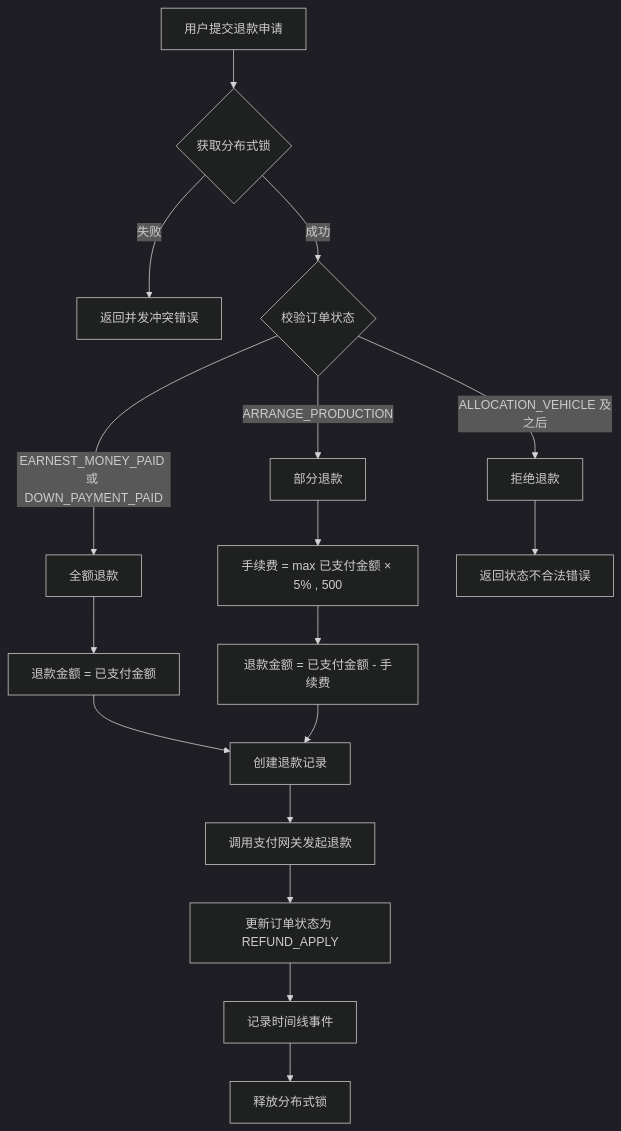
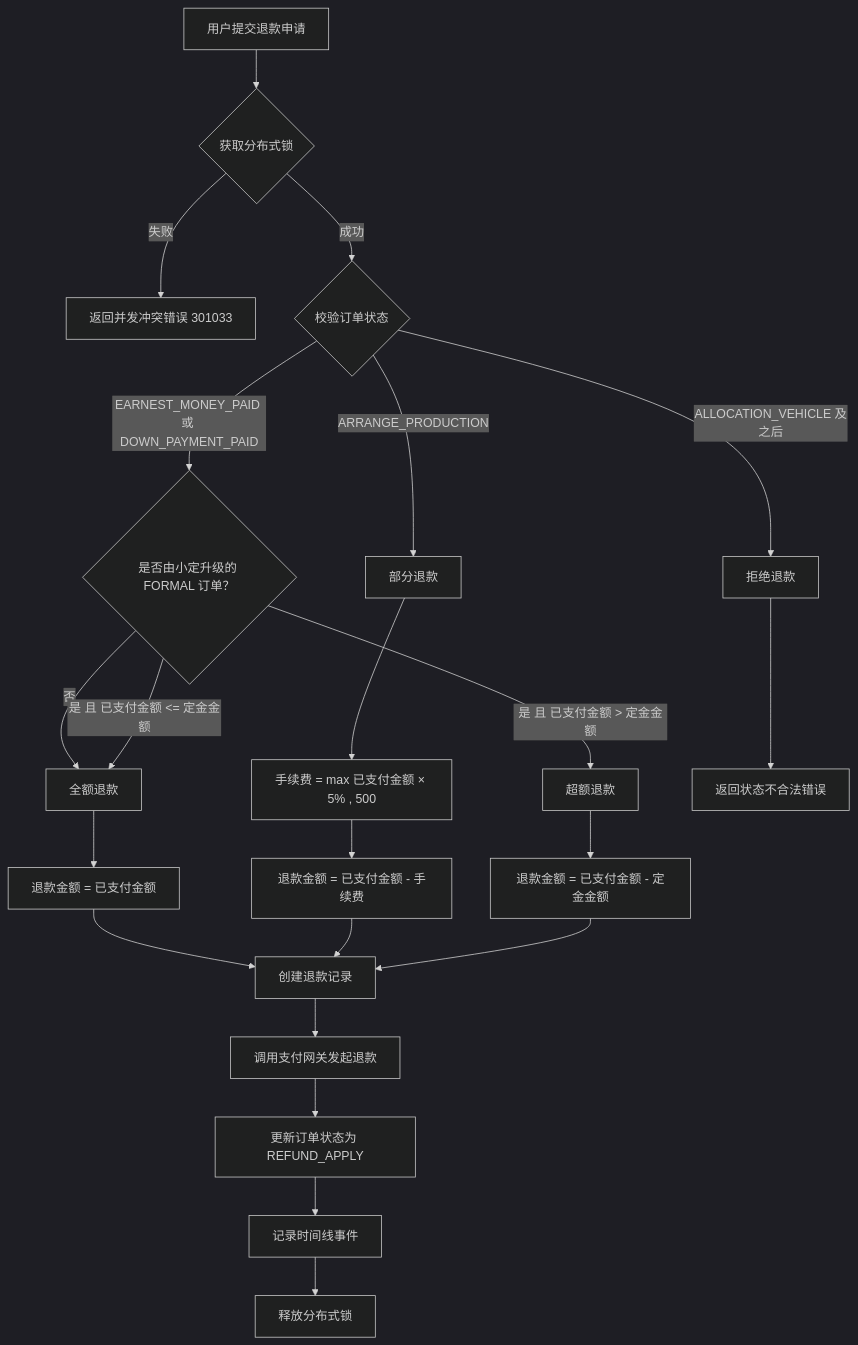
The tenth of 18 diagrams in specs/vehicle-sale-order/design.md (hwyzleo/iov-cloud-otd-vso), drawn with Mermaid (dark theme) before and after one commit. The commit also changed other lines of this file and 14 other files, not shown here.

````diff
--- a/specs/vehicle-sale-order/design.md
+++ b/specs/vehicle-sale-order/design.md
@@ -692,22 +702,27 @@
 ```mermaid
 flowchart TD
     A[用户提交退款申请] --> B{获取分布式锁}
-    B -->|失败| C[返回并发冲突错误]
+    B -->|失败| C[返回并发冲突错误 301033]
     B -->|成功| D{校验订单状态}
-    D -->|EARNEST_MONEY_PAID 或 DOWN_PAYMENT_PAID| E[全额退款]
+    D -->|ALLOCATION_VEHICLE 及之后| G[拒绝退款]
     D -->|ARRANGE_PRODUCTION| F[部分退款]
-    D -->|ALLOCATION_VEHICLE 及之后| G[拒绝退款]
-    
-    E --> H[退款金额 = 已支付金额]
+    D -->|EARNEST_MONEY_PAID 或 DOWN_PAYMENT_PAID| D2{是否由小定升级的 FORMAL 订单？}
+    D2 -->|否| E[全额退款]
+    D2 -->|是 且 已支付金额 > 定金金额| H[超额退款]
+    D2 -->|是 且 已支付金额 <= 定金金额| E
+
+    E --> H2[退款金额 = 已支付金额]
     F --> I[手续费 = max 已支付金额 × 5% , 500]
     I --> J[退款金额 = 已支付金额 - 手续费]
-    
-    H --> K[创建退款记录]
+    H --> H3[退款金额 = 已支付金额 - 定金金额]
+
+    H2 --> K[创建退款记录]
     J --> K
+    H3 --> K
     G --> L[返回状态不合法错误]
-    
+
     K --> M[调用支付网关发起退款]
     M --> N[更新订单状态为 REFUND_APPLY]
     N --> O[记录时间线事件]
     O --> P[释放分布式锁]
 ```
````
